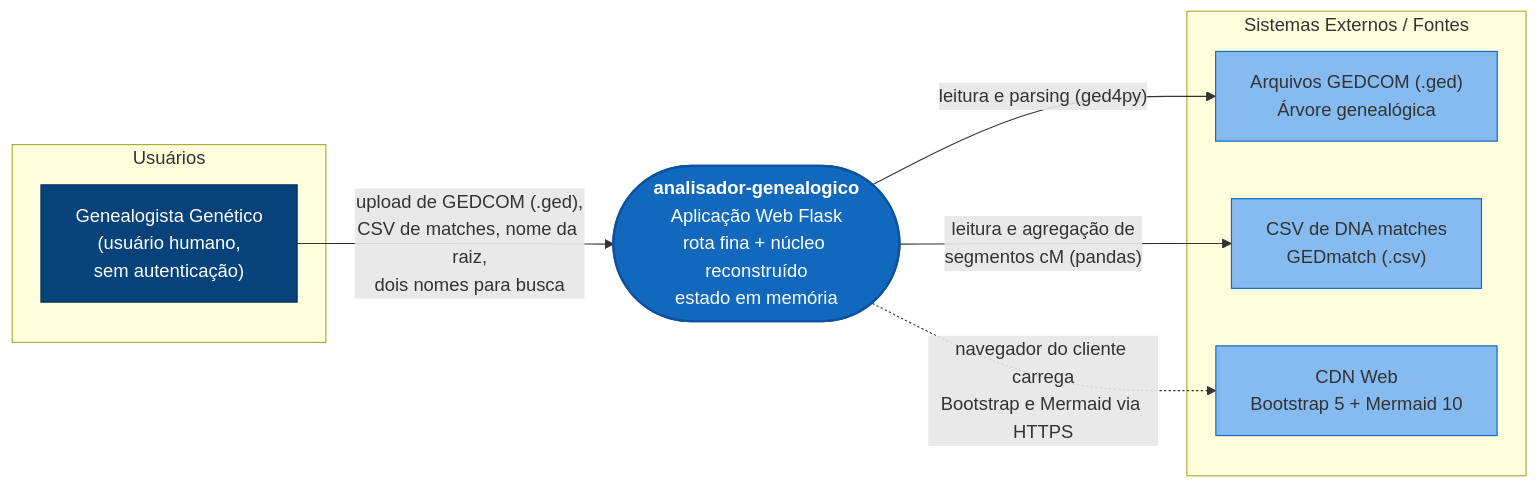
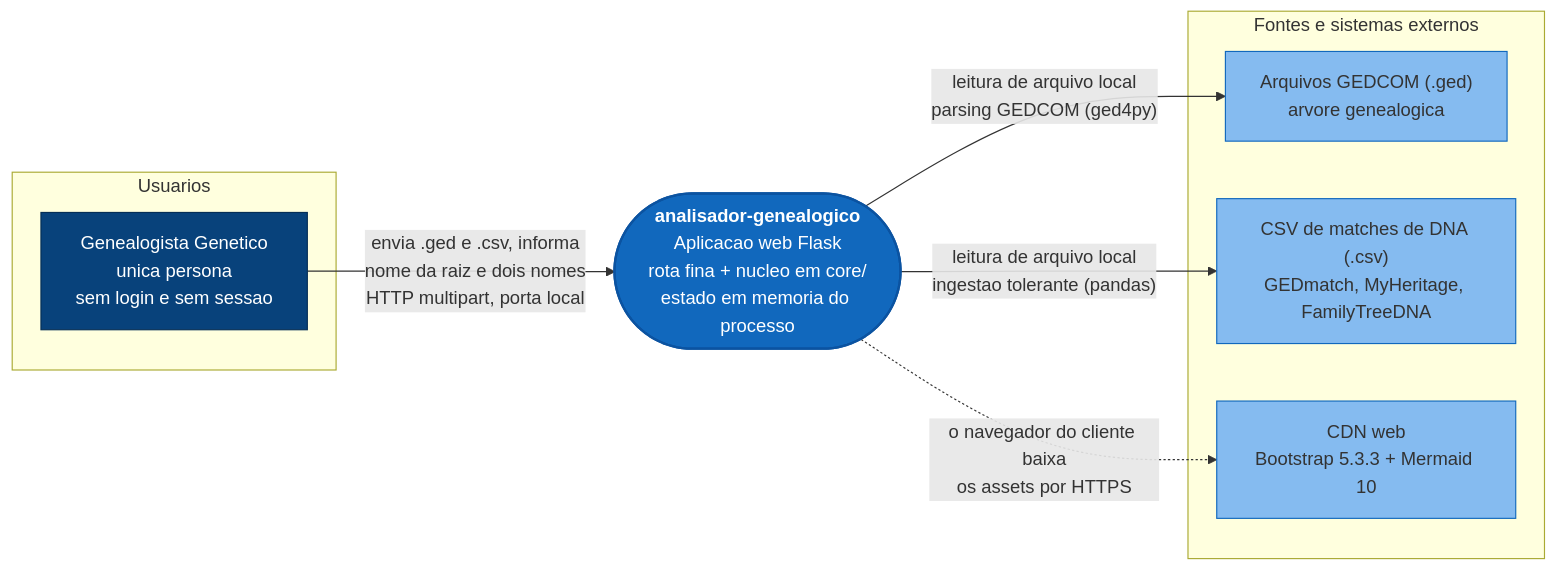
The diagram in _reversa_sdd/c4-context.md (Adriano1976/reversa-analisador-genealogico), drawn with Mermaid before and after one commit. The commit also changed other lines of this file and 22 other files, not shown here.

````diff
--- a/_reversa_sdd/c4-context.md
+++ b/_reversa_sdd/c4-context.md
@@ -11,23 +13,23 @@
 ```mermaid
 flowchart LR
-    subgraph Usuario["Usuários"]
-        U1["Genealogista Genético<br/>(usuário humano,<br/>sem autenticação)"]:::person
+    subgraph Usuarios["Usuarios"]
+        U1["Genealogista Genetico<br/>unica persona<br/>sem login e sem sessao"]:::person
     end
 
-    S(["<b>analisador-genealogico</b><br/>Aplicação Web Flask<br/>rota fina + núcleo reconstruído<br/>estado em memória"]):::system
+    S(["<b>analisador-genealogico</b><br/>Aplicacao web Flask<br/>rota fina + nucleo em core/<br/>estado em memoria do processo"]):::system
 
-    subgraph Externos["Sistemas Externos / Fontes"]
-        C1["Arquivos GEDCOM (.ged)<br/>Árvore genealógica"]:::ext
-        C2["CSV de DNA matches<br/>GEDmatch (.csv)"]:::ext
-        C3["CDN Web<br/>Bootstrap 5 + Mermaid 10"]:::ext
+    subgraph Externos["Fontes e sistemas externos"]
+        C1["Arquivos GEDCOM (.ged)<br/>arvore genealogica"]:::ext
+        C2["CSV de matches de DNA (.csv)<br/>GEDmatch, MyHeritage, FamilyTreeDNA"]:::ext
+        C3["CDN web<br/>Bootstrap 5.3.3 + Mermaid 10"]:::ext
     end
 
-    U1 -->|"upload de GEDCOM (.ged),<br/>CSV de matches, nome da raiz,<br/>dois nomes para busca"| S
-    S -->|"leitura e parsing (ged4py)"| C1
-    S -->|"leitura e agregação de<br/>segmentos cM (pandas)"| C2
-    S -.->|"navegador do cliente carrega<br/>Bootstrap e Mermaid via HTTPS"| C3
+    U1 -->|"envia .ged e .csv, informa<br/>nome da raiz e dois nomes<br/>HTTP multipart, porta local"| S
+    S -->|"leitura de arquivo local<br/>parsing GEDCOM (ged4py)"| C1
+    S -->|"leitura de arquivo local<br/>ingestao tolerante (pandas)"| C2
+    S -.->|"o navegador do cliente baixa<br/>os assets por HTTPS"| C3
 
     classDef person fill:#08427B,color:#fff,stroke:#052e56,stroke-width:1px
     classDef system fill:#1168BD,color:#fff,stroke:#0b53a1,stroke-width:2px
     classDef ext fill:#85BBF0,stroke:#1168BD,stroke-width:1px
 ```
````
